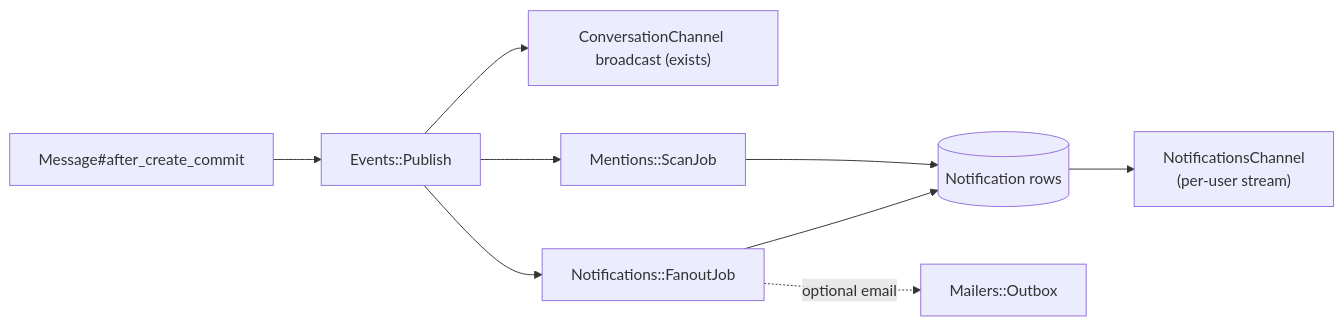
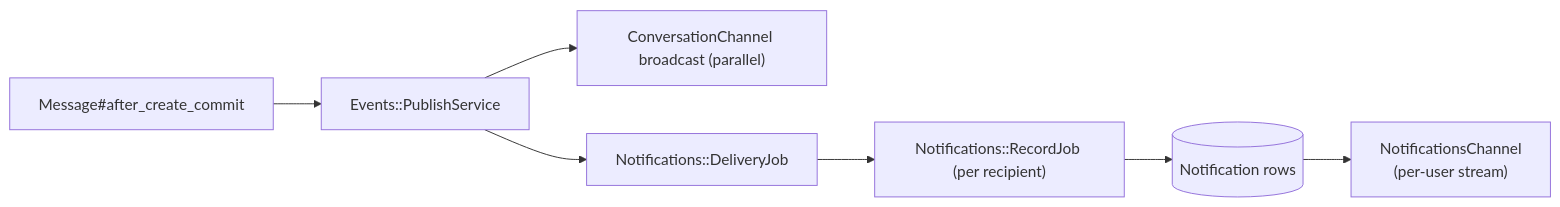
The third of 3 diagrams in docs/centralized_email_and_notifications.md (veryahsan/code_nest), drawn with Mermaid before and after one commit. The commit also changed other lines of this file, not shown here.

Commit message:
Document centralized email and notification architecture

````diff
--- a/docs/centralized_email_and_notifications.md
+++ b/docs/centralized_email_and_notifications.md
@@ -158,11 +166,9 @@
 ```mermaid
 flowchart LR
-  msg["Message#after_create_commit"] --> bus["Events::Publish"]
-  bus --> rt["ConversationChannel broadcast (exists)"]
-  bus --> scan["Mentions::ScanJob"]
-  bus --> fan["Notifications::FanoutJob"]
-  scan --> notif[("Notification rows")]
-  fan --> notif
+  msg["Message#after_create_commit"] --> bus["Events::PublishService"]
+  bus --> rt["ConversationChannel broadcast (parallel)"]
+  bus --> nd["Notifications::DeliveryJob"]
+  nd --> rec["Notifications::RecordJob (per recipient)"]
+  rec --> notif[("Notification rows")]
   notif --> nchan["NotificationsChannel<br/>(per-user stream)"]
-  fan -.optional email.-> outbox["Mailers::Outbox"]
 ```
````
